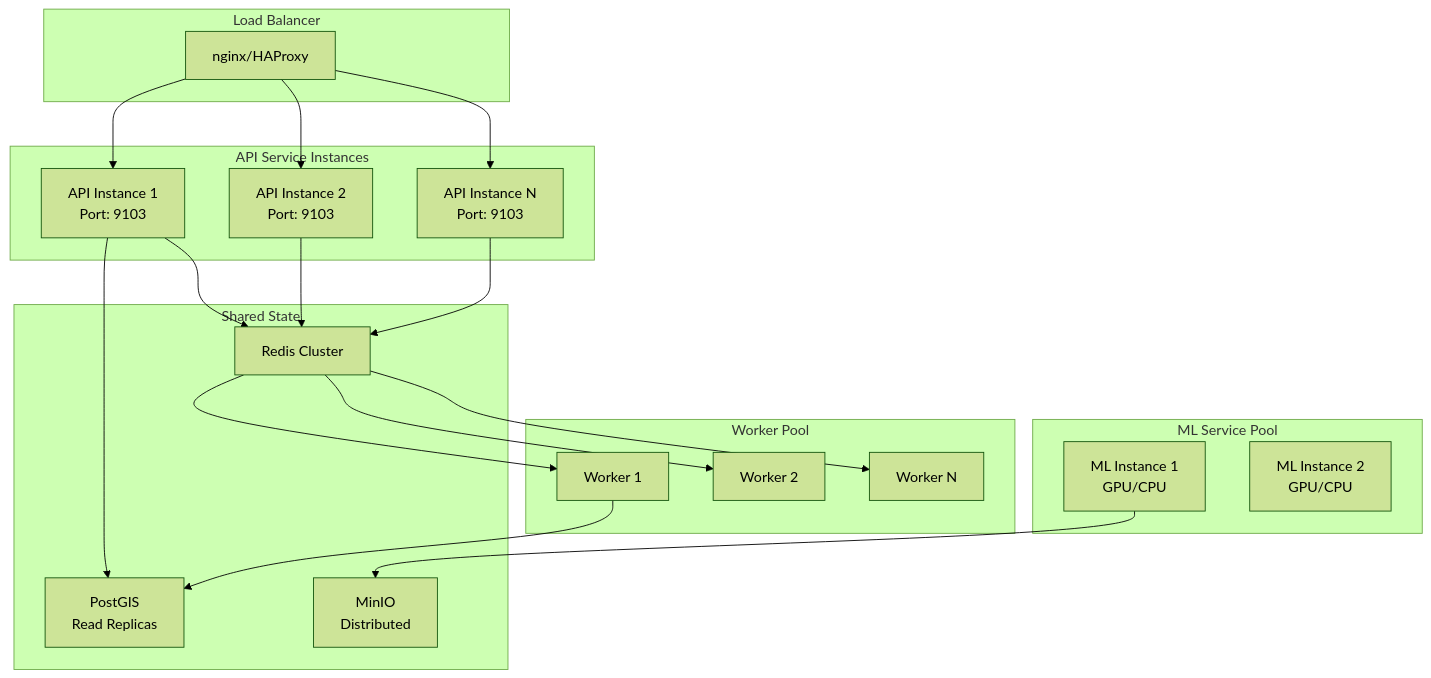
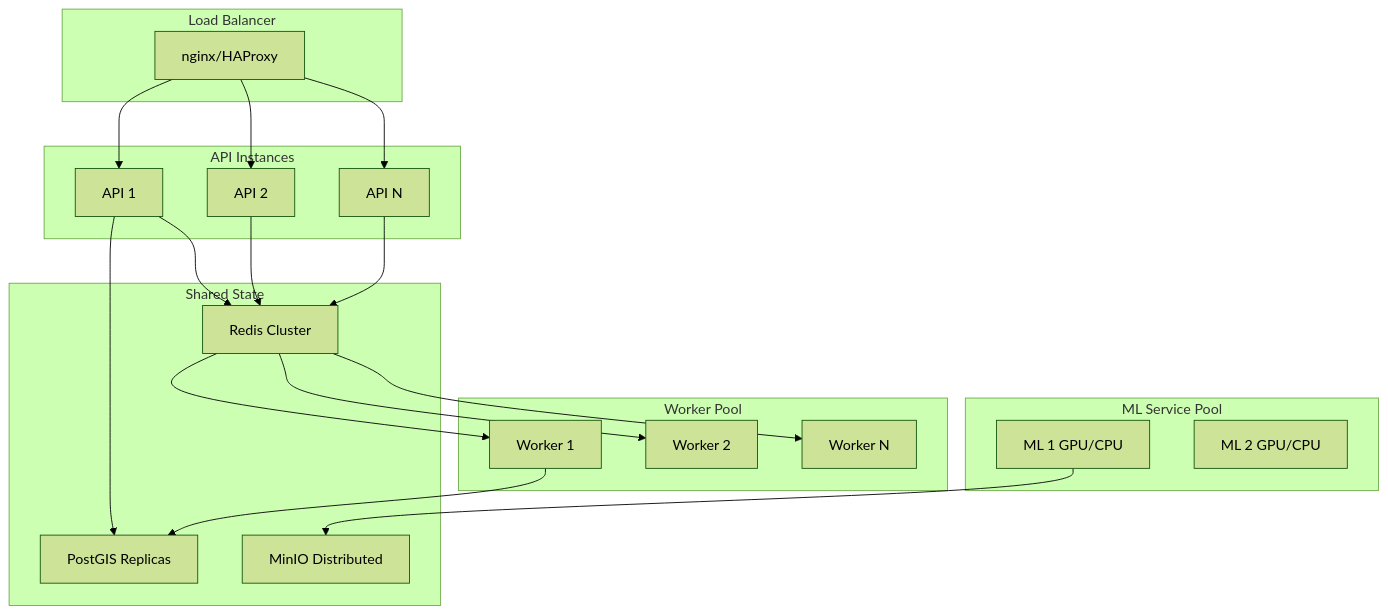
One commit to adverant/Adverant-Nexus-Plugin-GeoAgent changed the eighth of 9 diagrams in ARCHITECTURE.md. Above: the diagram before and after it, drawn with Mermaid (forest theme). The commit also changed other lines of this file, not shown here.

First line of the commit message:
docs: fix Mermaid diagram rendering for marketplace

````diff
--- a/ARCHITECTURE.md
+++ b/ARCHITECTURE.md
@@ -395,45 +395,45 @@
 ```mermaid
 flowchart TB
     subgraph LoadBalancer["Load Balancer"]
         LB["nginx/HAProxy"]
     end
 
-    subgraph APIInstances["API Service Instances"]
-        API1["API Instance 1<br/>Port: 9103"]
-        API2["API Instance 2<br/>Port: 9103"]
-        API3["API Instance N<br/>Port: 9103"]
+    subgraph APIInstances["API Instances"]
+        API1["API 1"]
+        API2["API 2"]
+        API3["API N"]
     end
 
     subgraph WorkerPool["Worker Pool"]
         W1["Worker 1"]
         W2["Worker 2"]
         W3["Worker N"]
     end
 
     subgraph MLPool["ML Service Pool"]
-        ML1["ML Instance 1<br/>GPU/CPU"]
-        ML2["ML Instance 2<br/>GPU/CPU"]
+        ML1["ML 1 GPU/CPU"]
+        ML2["ML 2 GPU/CPU"]
     end
 
     subgraph SharedState["Shared State"]
         Redis["Redis Cluster"]
-        PostGIS["PostGIS<br/>Read Replicas"]
-        MinIO["MinIO<br/>Distributed"]
+        PostGIS["PostGIS Replicas"]
+        MinIO["MinIO Distributed"]
     end
 
     LB --> API1
     LB --> API2
     LB --> API3
 
     API1 --> Redis
     API2 --> Redis
     API3 --> Redis
 
     Redis --> W1
     Redis --> W2
     Redis --> W3
 
     API1 --> PostGIS
     W1 --> PostGIS
     ML1 --> MinIO
 ```
````
